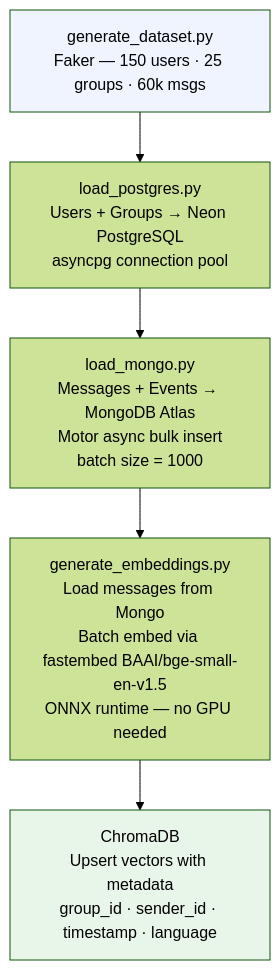
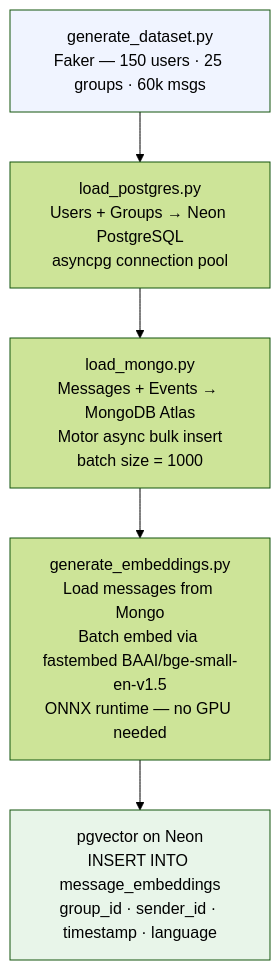
The second of 2 diagrams in docs/data-flow/ingestion-flow.md (keerthanajothiramesh/AI-Powered-Messaging-Platform), drawn with Mermaid (forest theme) before and after one commit. The commit also changed other lines of this file and 10 other files, not shown here.

First line of the commit message:
fix: replace all ChromaDB references with pgvector across codebase and docs

````diff
--- a/docs/data-flow/ingestion-flow.md
+++ b/docs/data-flow/ingestion-flow.md
@@ -45,10 +45,10 @@
 ```mermaid
 flowchart TD
     A[generate_dataset.py<br/>Faker — 150 users · 25 groups · 60k msgs] --> B[load_postgres.py<br/>Users + Groups → Neon PostgreSQL<br/>asyncpg connection pool]
     B --> C[load_mongo.py<br/>Messages + Events → MongoDB Atlas<br/>Motor async bulk insert<br/>batch size = 1000]
     C --> D[generate_embeddings.py<br/>Load messages from Mongo<br/>Batch embed via fastembed BAAI/bge-small-en-v1.5<br/>ONNX runtime — no GPU needed]
-    D --> E[ChromaDB<br/>Upsert vectors with metadata<br/>group_id · sender_id · timestamp · language]
+    D --> E[pgvector on Neon<br/>INSERT INTO message_embeddings<br/>group_id · sender_id · timestamp · language]
 
     style A fill:#f0f4ff
     style E fill:#e8f5e9
 ```
````
